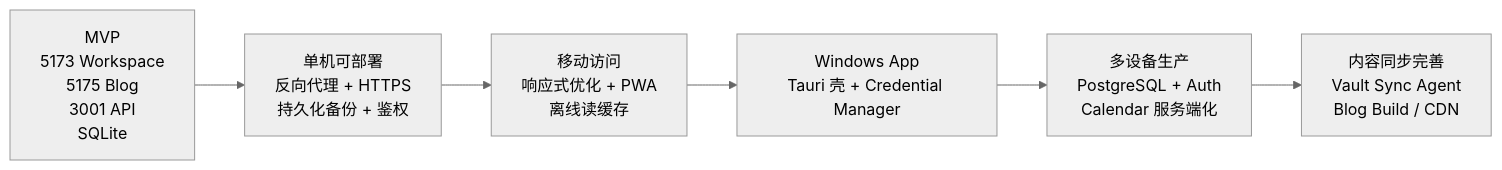
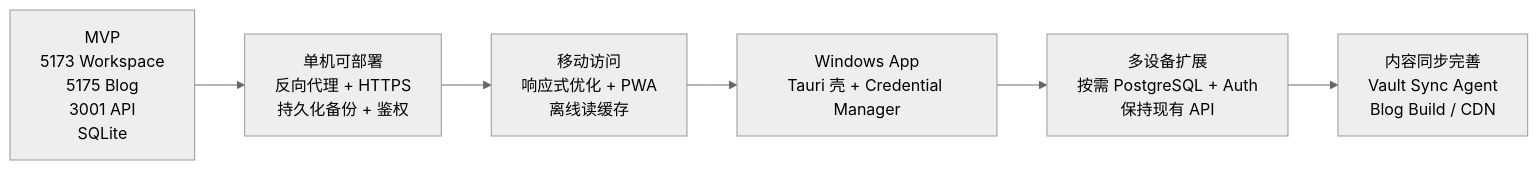
Before and after one commit to qiancheng06/new-blog: the ninth of 9 diagrams in docs/00-overview/deployment-and-client-architecture.md, drawn with Mermaid (neutral theme). The commit also changed other lines of this file and 30 other files, not shown here.

````diff
--- a/docs/00-overview/deployment-and-client-architecture.md
+++ b/docs/00-overview/deployment-and-client-architecture.md
@@ -402,11 +408,11 @@
 ```mermaid
 flowchart LR
   mvp["MVP<br/>5173 Workspace<br/>5175 Blog<br/>3001 API<br/>SQLite"]
   single["单机可部署<br/>反向代理 + HTTPS<br/>持久化备份 + 鉴权"]
   pwa["移动访问<br/>响应式优化 + PWA<br/>离线读缓存"]
   desktop["Windows App<br/>Tauri 壳 + Credential Manager"]
-  shared["多设备生产<br/>PostgreSQL + Auth<br/>Calendar 服务端化"]
+  shared["多设备扩展<br/>按需 PostgreSQL + Auth<br/>保持现有 API"]
   sync["内容同步完善<br/>Vault Sync Agent<br/>Blog Build / CDN"]
 
   mvp --> single --> pwa --> desktop --> shared --> sync
 ```
````
